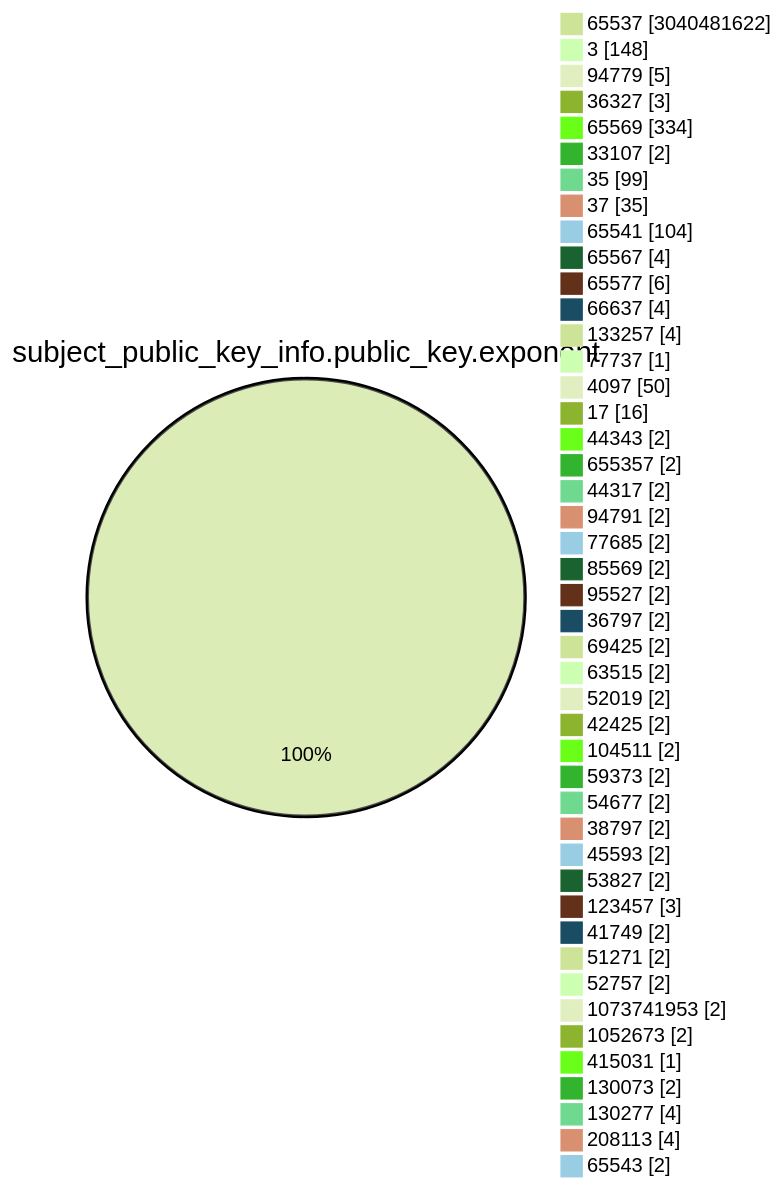
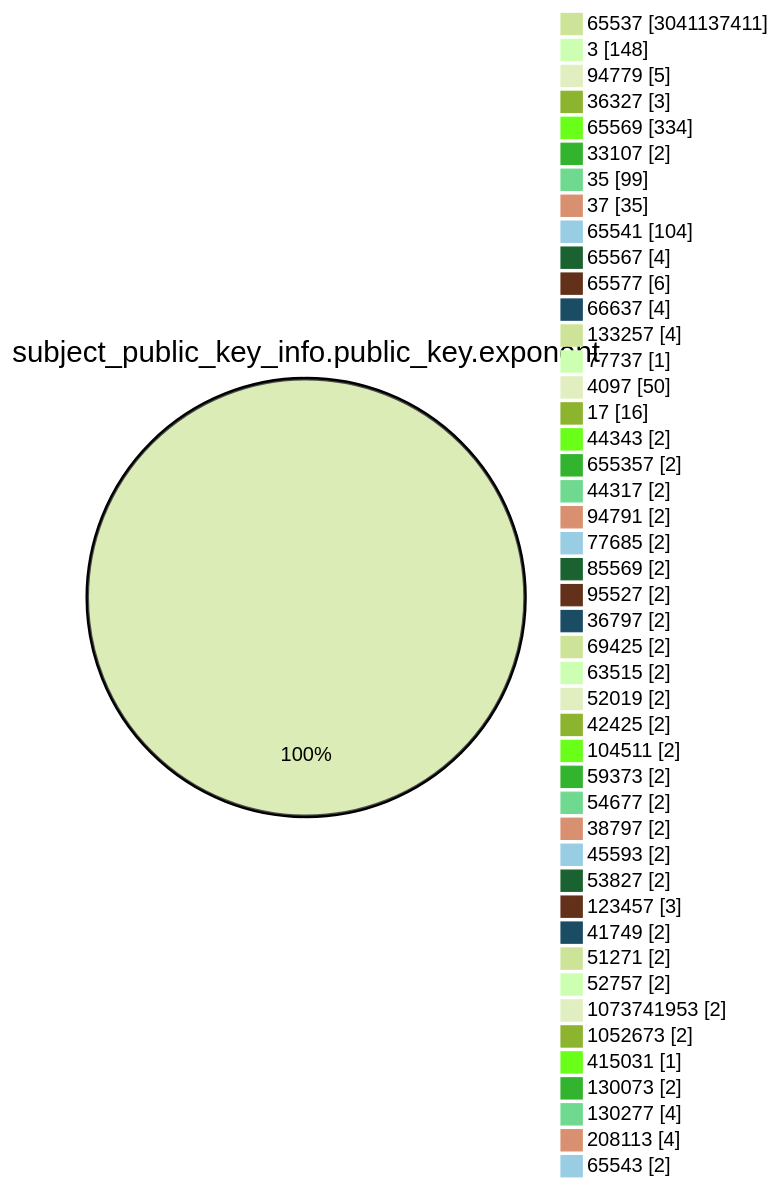
One commit to christiankrug/ctmonitor_visualization changed the fourth of 15 diagrams in TOTAL/README.md. Above: the diagram before and after it, drawn with Mermaid (forest theme). The commit also changed other lines of this file, not shown here.

````diff
--- a/TOTAL/README.md
+++ b/TOTAL/README.md
@@ -1473,49 +1473,49 @@
 ```mermaid
 pie showData
 title subject_public_key_info.public_key.exponent
-"65537" :3040481622
+"65537" :3041137411
 "3" :148
 "94779" :5
 "36327" :3
 "65569" :334
 "33107" :2
 "35" :99
 "37" :35
 "65541" :104
 "65567" :4
 "65577" :6
 "66637" :4
 "133257" :4
 "77737" :1
 "4097" :50
 "17" :16
 "44343" :2
 "655357" :2
 "44317" :2
 "94791" :2
 "77685" :2
 "85569" :2
 "95527" :2
 "36797" :2
 "69425" :2
 "63515" :2
 "52019" :2
 "42425" :2
 "104511" :2
 "59373" :2
 "54677" :2
 "38797" :2
 "45593" :2
 "53827" :2
 "123457" :3
 "41749" :2
 "51271" :2
 "52757" :2
 "1073741953" :2
 "1052673" :2
 "415031" :1
 "130073" :2
 "130277" :4
 "208113" :4
 "65543" :2
 ```
````
